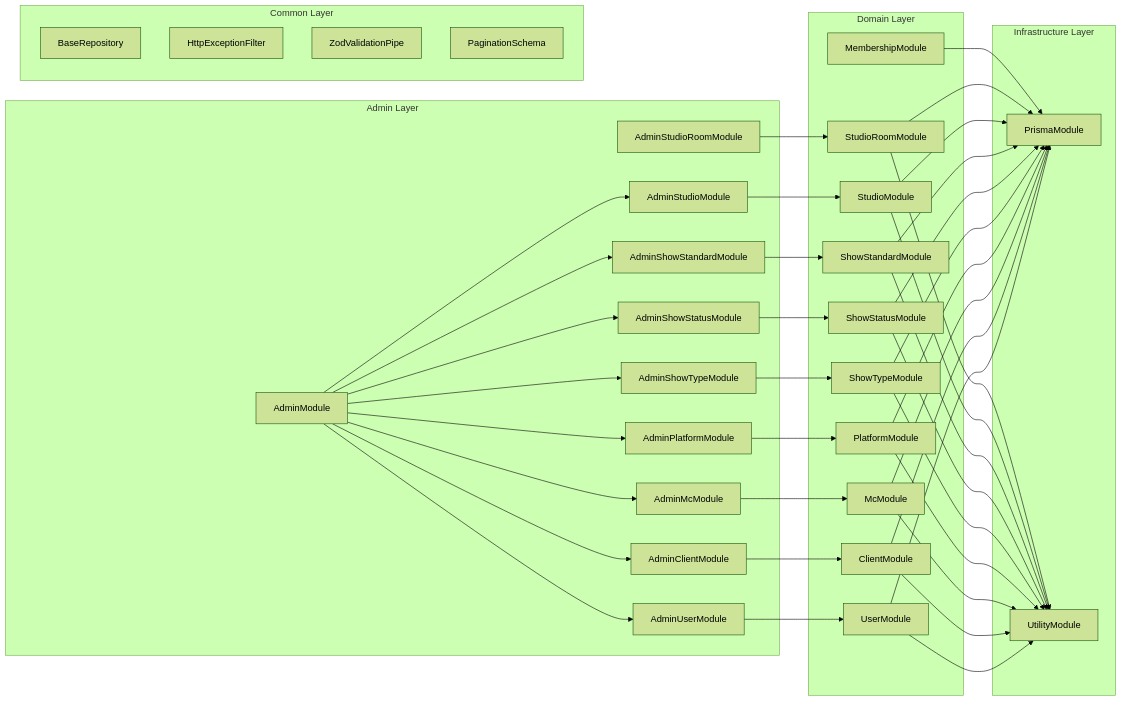
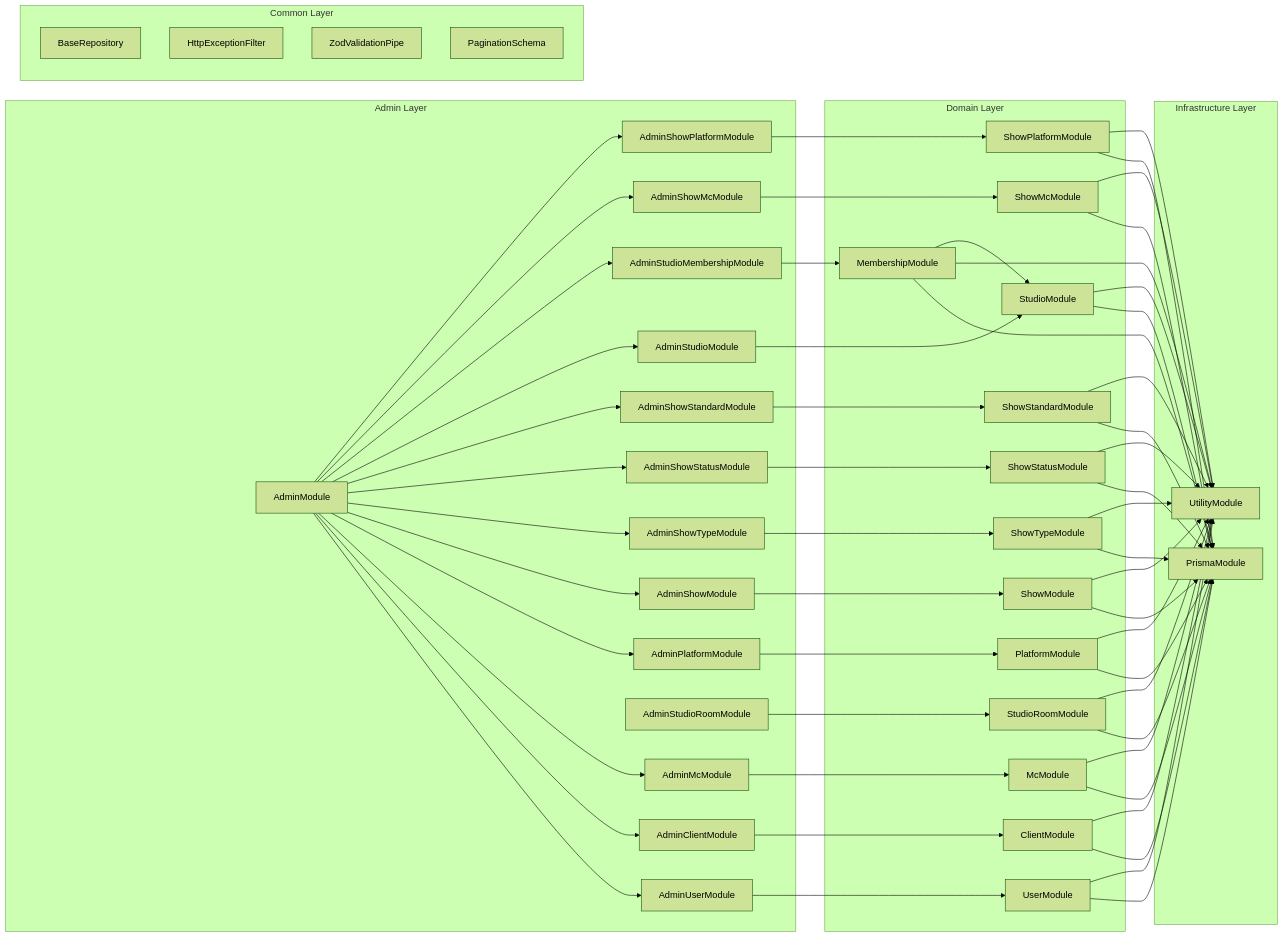
The second of 4 diagrams in apps/erify_api/docs/ARCHITECTURE.md (allenlin90/eridu-services), drawn with Mermaid (forest theme) before and after one commit. The commit also changed other lines of this file and 119 other files, not shown here.

````diff
--- a/apps/erify_api/docs/ARCHITECTURE.md
+++ b/apps/erify_api/docs/ARCHITECTURE.md
@@ -113,11 +142,15 @@
         AdminClientModule
         AdminMcModule
         AdminPlatformModule
+        AdminShowModule
         AdminShowTypeModule
         AdminShowStatusModule
         AdminShowStandardModule
         AdminStudioModule
         AdminStudioRoomModule
+        AdminStudioMembershipModule
+        AdminShowMcModule
+        AdminShowPlatformModule
     end
     
     subgraph "Domain Layer"
@@ -125,12 +158,15 @@
         ClientModule
         McModule
         PlatformModule
+        ShowModule
         ShowTypeModule
         ShowStatusModule
         ShowStandardModule
         StudioModule
         StudioRoomModule
         MembershipModule
+        ShowMcModule
+        ShowPlatformModule
     end
     
     subgraph "Infrastructure Layer"
@@ -149,20 +185,28 @@
     AdminModule --> AdminClientModule
     AdminModule --> AdminMcModule
     AdminModule --> AdminPlatformModule
+    AdminModule --> AdminShowModule
     AdminModule --> AdminShowTypeModule
     AdminModule --> AdminShowStatusModule
     AdminModule --> AdminShowStandardModule
     AdminModule --> AdminStudioModule
+    AdminModule --> AdminStudioMembershipModule
+    AdminModule --> AdminShowMcModule
+    AdminModule --> AdminShowPlatformModule
     
     AdminUserModule --> UserModule
     AdminClientModule --> ClientModule
     AdminMcModule --> McModule
     AdminPlatformModule --> PlatformModule
+    AdminShowModule --> ShowModule
     AdminShowTypeModule --> ShowTypeModule
     AdminShowStatusModule --> ShowStatusModule
     AdminShowStandardModule --> ShowStandardModule
     AdminStudioModule --> StudioModule
     AdminStudioRoomModule --> StudioRoomModule
+    AdminStudioMembershipModule --> MembershipModule
+    AdminShowMcModule --> ShowMcModule
+    AdminShowPlatformModule --> ShowPlatformModule
     
     UserModule --> PrismaModule
     UserModule --> UtilityModule
@@ -175,6 +219,9 @@
     
     PlatformModule --> PrismaModule
     PlatformModule --> UtilityModule
+    
+    ShowModule --> PrismaModule
+    ShowModule --> UtilityModule
     
     ShowTypeModule --> PrismaModule
     ShowTypeModule --> UtilityModule
@@ -192,4 +239,12 @@
     StudioRoomModule --> UtilityModule
     
     MembershipModule --> PrismaModule
+    MembershipModule --> UtilityModule
+    MembershipModule --> StudioModule
+    
+    ShowMcModule --> PrismaModule
+    ShowMcModule --> UtilityModule
+    
+    ShowPlatformModule --> PrismaModule
+    ShowPlatformModule --> UtilityModule
 ```
````
